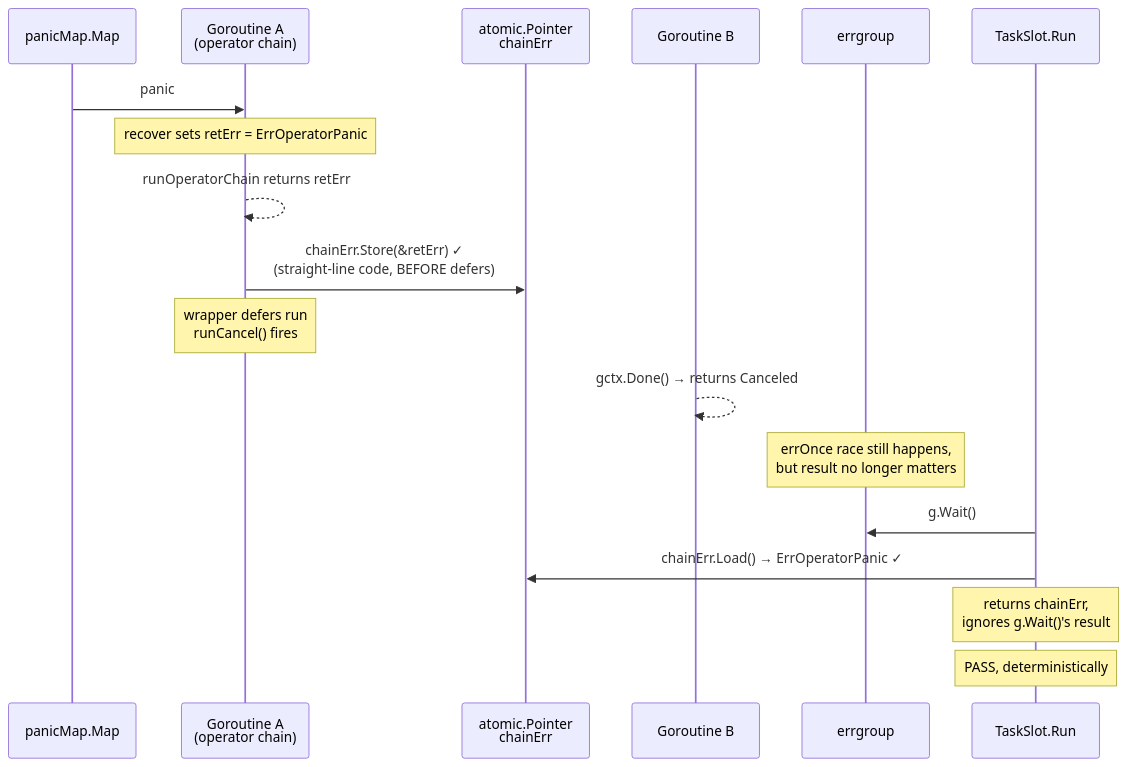
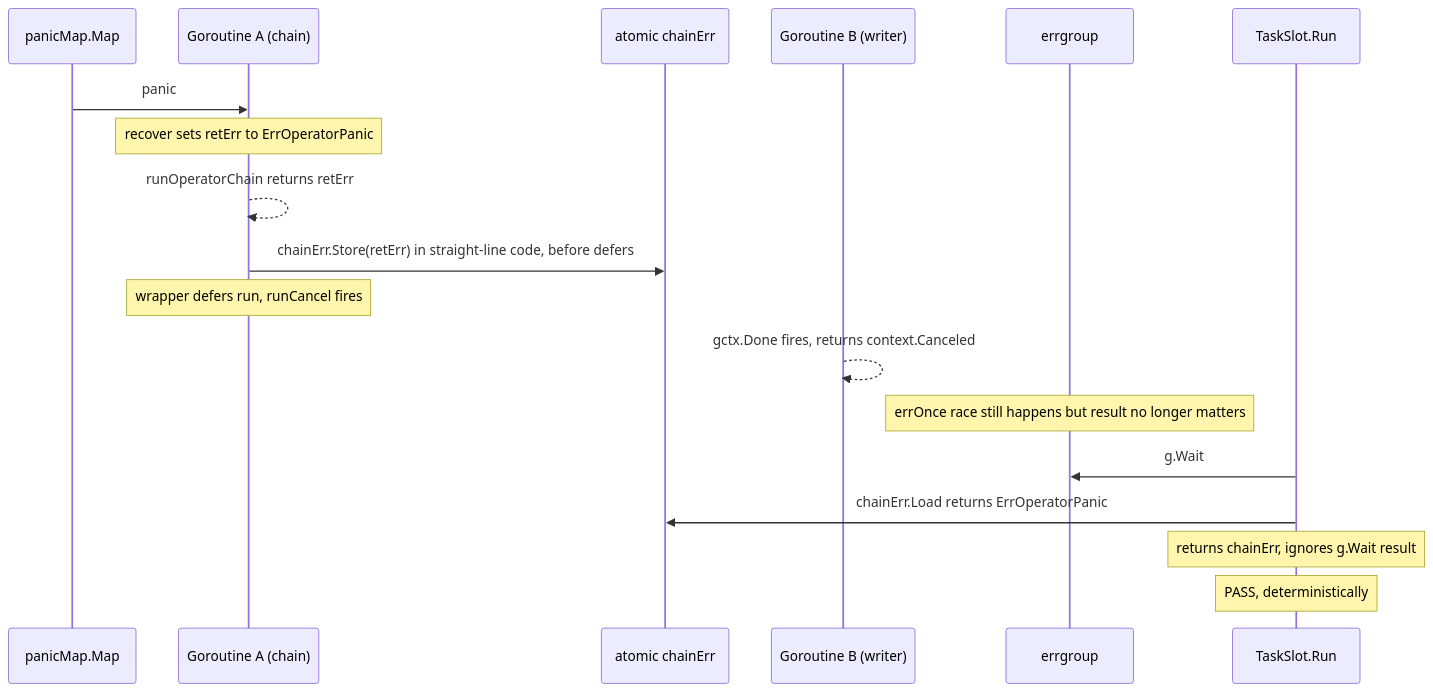
One commit to tarungka/wire changed the third of 3 diagrams in docs/trds/WIP-24/README.md. Above: the diagram before and after it, drawn with Mermaid. The commit also changed other lines of this file, not shown here.

First line of the commit message:
docs(trds): WIP-24 fix mermaid sequence-diagram parse errors

````diff
--- a/docs/trds/WIP-24/README.md
+++ b/docs/trds/WIP-24/README.md
@@ -134,21 +134,21 @@
 ```mermaid
 sequenceDiagram
     participant Op as panicMap.Map
-    participant Chain as Goroutine A<br/>(operator chain)
-    participant Side as atomic.Pointer<br/>chainErr
-    participant Writer as Goroutine B
+    participant Chain as Goroutine A (chain)
+    participant Side as atomic chainErr
+    participant Writer as Goroutine B (writer)
     participant EG as errgroup
     participant Run as TaskSlot.Run
 
     Op->>Chain: panic
-    Note over Chain: recover sets retErr = ErrOperatorPanic
+    Note over Chain: recover sets retErr to ErrOperatorPanic
     Chain-->>Chain: runOperatorChain returns retErr
-    Chain->>Side: chainErr.Store(&retErr) ✓<br/>(straight-line code, BEFORE defers)
-    Note over Chain: wrapper defers run<br/>runCancel() fires
-    Writer-->>Writer: gctx.Done() → returns Canceled
-    Note over EG: errOnce race still happens,<br/>but result no longer matters
-    Run->>EG: g.Wait()
-    Run->>Side: chainErr.Load() → ErrOperatorPanic ✓
-    Note over Run: returns chainErr,<br/>ignores g.Wait()'s result
+    Chain->>Side: chainErr.Store(retErr) in straight-line code, before defers
+    Note over Chain: wrapper defers run, runCancel fires
+    Writer-->>Writer: gctx.Done fires, returns context.Canceled
+    Note over EG: errOnce race still happens but result no longer matters
+    Run->>EG: g.Wait
+    Run->>Side: chainErr.Load returns ErrOperatorPanic
+    Note over Run: returns chainErr, ignores g.Wait result
     Note over Run: PASS, deterministically
 ```
````
